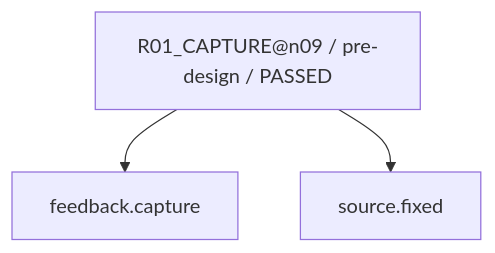
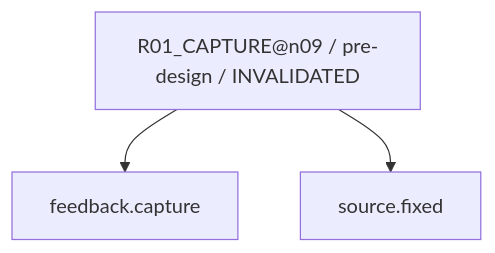
The first of 30 diagrams in work/items/W-MATH-034-n09-n10-guided-design/generated/CAPABILITY_FIRE_DIAGRAM.md (rrikunagasige-dot/kyotsu-step-web), drawn with Mermaid before and after one commit. The commit also changed other lines of this file and 266 other files, not shown here.

````diff
--- a/work/items/W-MATH-034-n09-n10-guided-design/generated/CAPABILITY_FIRE_DIAGRAM.md
+++ b/work/items/W-MATH-034-n09-n10-guided-design/generated/CAPABILITY_FIRE_DIAGRAM.md
@@ -9,8 +9,8 @@
 ```mermaid
 flowchart TD
-  N0["R01_CAPTURE@n09 / pre-design / PASSED"]
+  N0["R01_CAPTURE@n09 / pre-design / INVALIDATED"]
   N1["source.fixed"]
   N2["feedback.capture"]
   N0 --> N2
   N0 --> N1
 ```
````
